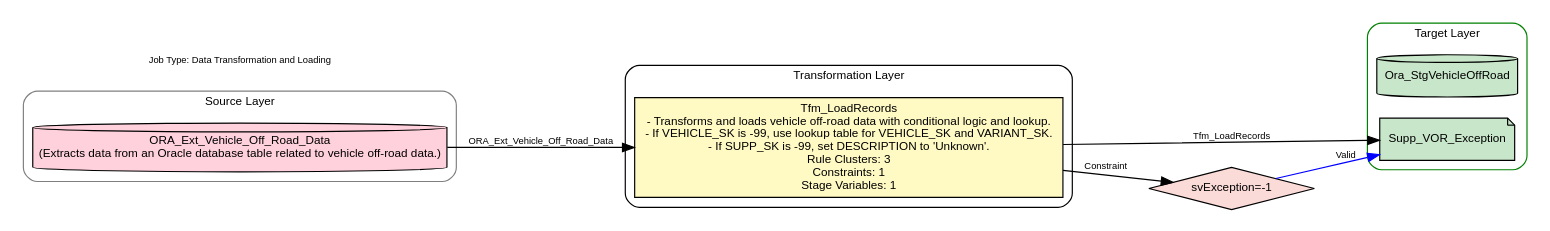
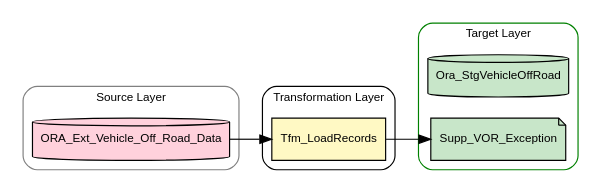
The diagram in Sample_Job1_1_2_detailed_pseudocode_high_level.dot (sr606/DataModeller), drawn with Graphviz before and after one commit. The commit also changed 3 other files, not shown here.

```diff
--- a/Sample_Job1_1_2_detailed_pseudocode_high_level.dot
+++ b/Sample_Job1_1_2_detailed_pseudocode_high_level.dot
@@ -1,35 +1,31 @@
 digraph Sample_Job1_1_2_detailed_pseudocode {
 rankdir=LR;
 fontsize=10;
 fontname="Arial";
 node [fontname="Arial", fontsize=10, style=filled];
 edge [fontname="Arial", fontsize=8];
 
 subgraph cluster_source {
 label="Source Layer";
 style=rounded;
 color=grey;
-ORA_Ext_Vehicle_Off_Road_Data [label="ORA_Ext_Vehicle_Off_Road_Data\n(Extracts data from an Oracle database table related to vehicle off-road data.)", shape=cylinder, fillcolor="#FFD1DC"];
+ORA_Ext_Vehicle_Off_Road_Data [label="ORA_Ext_Vehicle_Off_Road_Data", shape=cylinder, fillcolor="#FFD1DC"];
 }
 
 subgraph cluster_processing {
 label="Transformation Layer";
 style=rounded;
 color=black;
-Tfm_LoadRecords [label="Tfm_LoadRecords\n- Transforms and loads vehicle off-road data with conditional logic and lookup.\n- If VEHICLE_SK is -99, use lookup table for VEHICLE_SK and VARIANT_SK.\n- If SUPP_SK is -99, set DESCRIPTION to 'Unknown'.\nRule Clusters: 3\nConstraints: 1\nStage Variables: 1", shape=box, fillcolor="#FFF9C4"];
+Tfm_LoadRecords [label="Tfm_LoadRecords", shape=box, fillcolor="#FFF9C4"];
 }
 
 subgraph cluster_target {
 label="Target Layer";
 style=rounded;
 color=green;
 Ora_StgVehicleOffRoad [label="Ora_StgVehicleOffRoad", shape=cylinder, fillcolor="#C8E6C9"];
 Supp_VOR_Exception [label="Supp_VOR_Exception", shape=note, fillcolor="#C8E6C9"];
 }
-ORA_Ext_Vehicle_Off_Road_Data -> Tfm_LoadRecords [label="ORA_Ext_Vehicle_Off_Road_Data"];
-Tfm_LoadRecords -> Supp_VOR_Exception [label="Tfm_LoadRecords"];
-Tfm_LoadRecords_decision_1 [shape=diamond, label="svException=-1", fillcolor="#FADBD8"];
-Tfm_LoadRecords -> Tfm_LoadRecords_decision_1 [label="Constraint"];
-Tfm_LoadRecords_decision_1 -> Supp_VOR_Exception [label="Valid", color=blue];
-Note1 [shape=plaintext, label="Job Type: Data Transformation and Loading", fontsize=8, fillcolor="white"];
+ORA_Ext_Vehicle_Off_Road_Data -> Tfm_LoadRecords;
+Tfm_LoadRecords -> Supp_VOR_Exception;
 }
```
